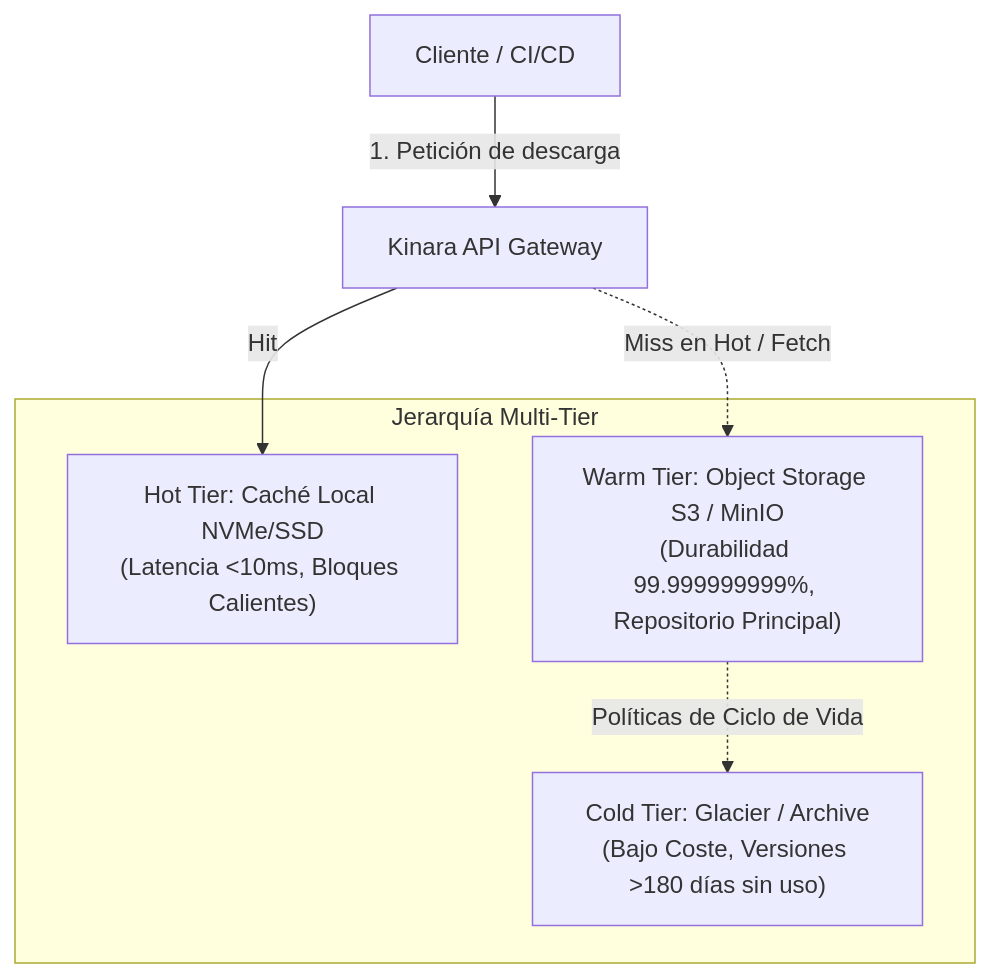
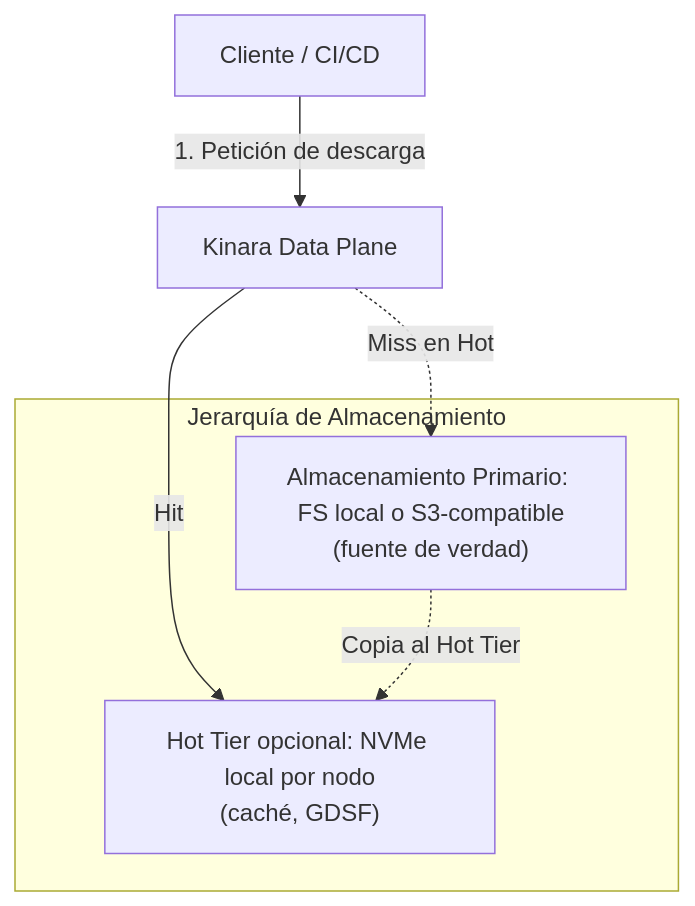
Before and after one commit to CesarAchig/Kinara-Registry: the second of 2 diagrams in Planification/03-estrategia-almacenamiento-cas.md, drawn with Mermaid. The commit also changed other lines of this file and 10 other files, not shown here.

````diff
--- a/Planification/03-estrategia-almacenamiento-cas.md
+++ b/Planification/03-estrategia-almacenamiento-cas.md
@@ -35,14 +42,13 @@
 ```mermaid
 flowchart TD
-    Client[Cliente / CI/CD] -->|1. Petición de descarga| Kinara[Kinara API Gateway]
-    
-    subgraph JerarquiaTier["Jerarquía Multi-Tier"]
-        Hot["Hot Tier: Caché Local NVMe/SSD\n(Latencia <10ms, Bloques Calientes)"]
-        Warm["Warm Tier: Object Storage S3 / MinIO\n(Durabilidad 99.999999999%, Repositorio Principal)"]
-        Cold["Cold Tier: Glacier / Archive\n(Bajo Coste, Versiones >180 días sin uso)"]
+    Client["Cliente / CI/CD"] -->|"1. Petición de descarga"| Kinara["Kinara Data Plane"]
+
+    subgraph Jerarquia["Jerarquía de Almacenamiento"]
+        Hot["Hot Tier opcional: NVMe local por nodo\n(caché, GDSF)"]
+        Primary["Almacenamiento Primario: FS local o S3-compatible\n(fuente de verdad)"]
     end
 
-    Kinara -->|Hit| Hot
-    Kinara -.->|Miss en Hot / Fetch| Warm
-    Warm -.->|Políticas de Ciclo de Vida| Cold
+    Kinara -->|"Hit"| Hot
+    Kinara -.->|"Miss en Hot"| Primary
+    Primary -.->|"Copia al Hot Tier"| Hot
 ```
````
